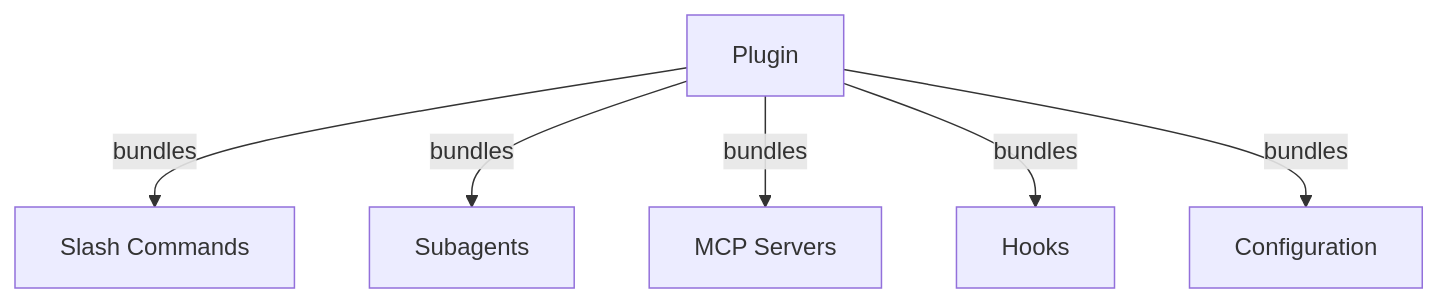
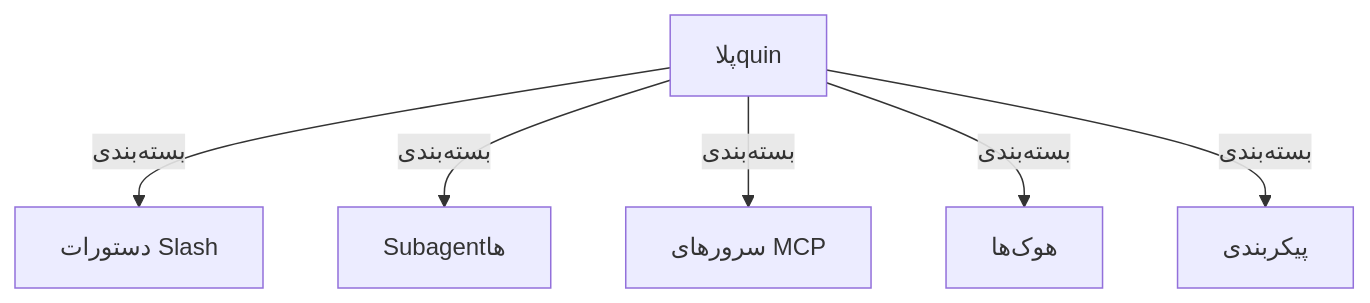
One commit to hassanbht/claude-howto changed the diagram in fa/07-plugins/README.md. Above: the diagram before and after it, drawn with Mermaid. The commit also changed other lines of this file and 213 other files, not shown here.

````diff
--- a/fa/07-plugins/README.md
+++ b/fa/07-plugins/README.md
@@ -16,15 +32,15 @@
 ```mermaid
 graph TB
-    A["Plugin"]
-    B["Slash Commands"]
-    C["Subagents"]
-    D["MCP Servers"]
-    E["Hooks"]
-    F["Configuration"]
+    A["پلاquin"]
+    B["دستورات Slash"]
+    C["Subagentها"]
+    D["سرورهای MCP"]
+    E["هوک‌ها"]
+    F["پیکربندی"]
 
-    A -->|bundles| B
-    A -->|bundles| C
-    A -->|bundles| D
-    A -->|bundles| E
-    A -->|bundles| F
+    A -->|بسته‌بندی| B
+    A -->|بسته‌بندی| C
+    A -->|بسته‌بندی| D
+    A -->|بسته‌بندی| E
+    A -->|بسته‌بندی| F
 ```
````
